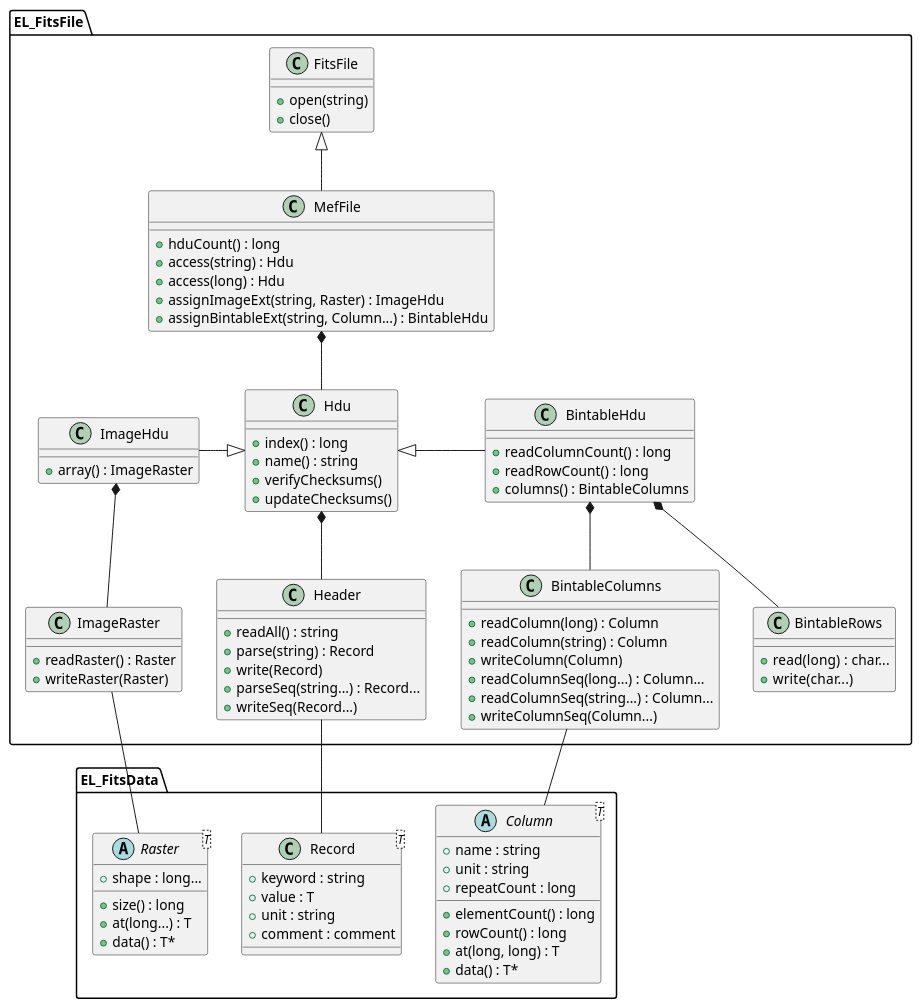
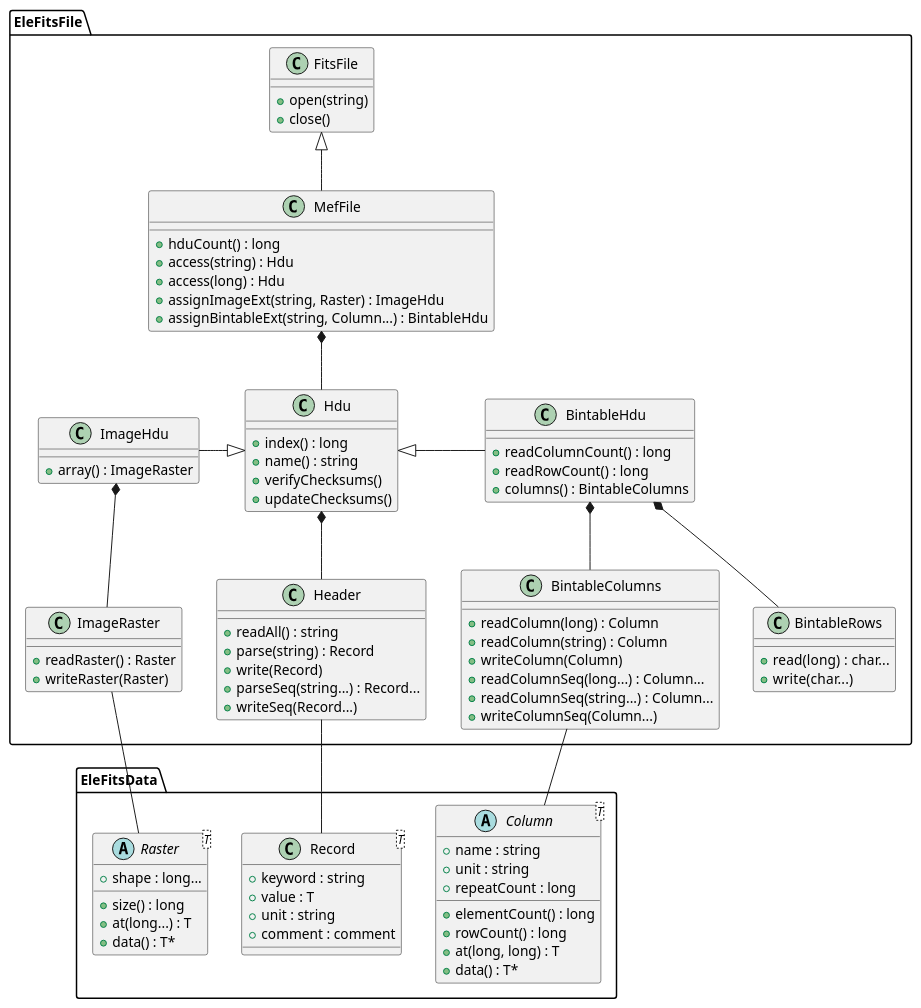
One commit to CNES/EleFits changed the diagram in doc/diagrams/src/MefFile.puml. Above: the diagram before and after it, drawn with PlantUML. The commit also changed 406 other files, not shown here.

```diff
--- a/doc/diagrams/src/MefFile.puml
+++ b/doc/diagrams/src/MefFile.puml
@@ -1,102 +1,102 @@
 @startuml
-package EL_FitsData {
+package EleFitsData {
 
 class Record<T> {
 + keyword : string
 + value : T
 + unit : string
 + comment : comment
 }
 
 abstract class Raster<T> {
 + shape : long...
 + size() : long
 + at(long...) : T
 + data() : T*
 }
 
 abstract class Column<T> {
 + name : string
 + unit : string
 + repeatCount : long
 + elementCount() : long
 + rowCount() : long
 + at(long, long) : T
 + data() : T*
 }
 
 }
 
-package EL_FitsFile {
+package EleFitsFile {
 
 class FitsFile {
 + open(string)
 + close()
 }
 
 class MefFile {
 + hduCount() : long
 + access(string) : Hdu
 + access(long) : Hdu
 + assignImageExt(string, Raster) : ImageHdu
 + assignBintableExt(string, Column...) : BintableHdu
 }
 
 class Hdu {
 + index() : long
 + name() : string
 + verifyChecksums()
 + updateChecksums()
 }
 
 class ImageHdu {
 + array() : ImageRaster
 }
 
 class BintableHdu {
 + readColumnCount() : long
 + readRowCount() : long
 + columns() : BintableColumns
 }
 
 class Header {
 + readAll() : string
 + parse(string) : Record
 + write(Record)
 + parseSeq(string...) : Record...
 + writeSeq(Record...)
 }
 
 class ImageRaster {
 + readRaster() : Raster
 + writeRaster(Raster)
 }
 
 class BintableColumns {
 + readColumn(long) : Column
 + readColumn(string) : Column
 + writeColumn(Column)
 + readColumnSeq(long...) : Column...
 + readColumnSeq(string...) : Column...
 + writeColumnSeq(Column...)
 }
 
 class BintableRows {
 + read(long) : char...
 + write(char...)
 }
 
 }
 
 FitsFile <|-- MefFile
 ImageHdu -|> Hdu
 Hdu <|- BintableHdu
 Hdu *-- Header
 ImageHdu *-- ImageRaster
 BintableHdu *-- BintableColumns
 BintableHdu *-- BintableRows
 MefFile *-- Hdu
 Header -- Record
 ImageRaster -- Raster
 BintableColumns -- Column
 @enduml
```
